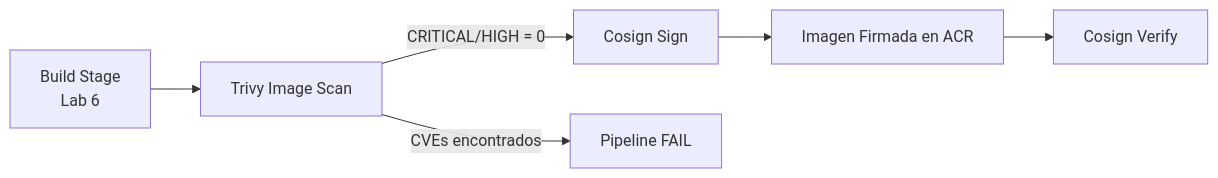
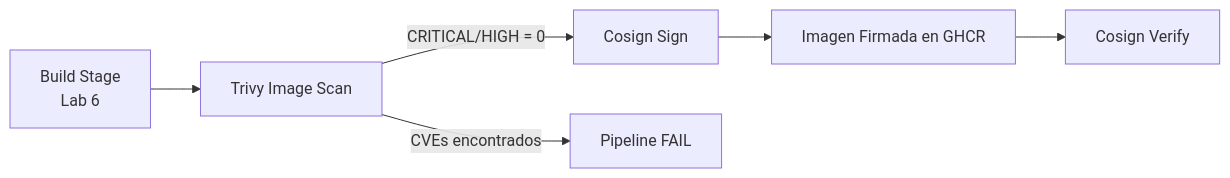
One commit to jhonsanchez/workshop-devsecops-pipelines changed the diagram in docs/lab07-image-signing/index.md. Above: the diagram before and after it, drawn with Mermaid. The commit also changed other lines of this file and 52 other files, not shown here.

````diff
--- a/docs/lab07-image-signing/index.md
+++ b/docs/lab07-image-signing/index.md
@@ -37,8 +37,8 @@
 ```mermaid
 graph LR
     A[Build Stage<br>Lab 6] --> B[Trivy Image Scan]
     B -->|CRITICAL/HIGH = 0| C[Cosign Sign]
     B -->|CVEs encontrados| D[Pipeline FAIL]
-    C --> E[Imagen Firmada en ACR]
+    C --> E[Imagen Firmada en GHCR]
     E --> F[Cosign Verify]
 ```
````
